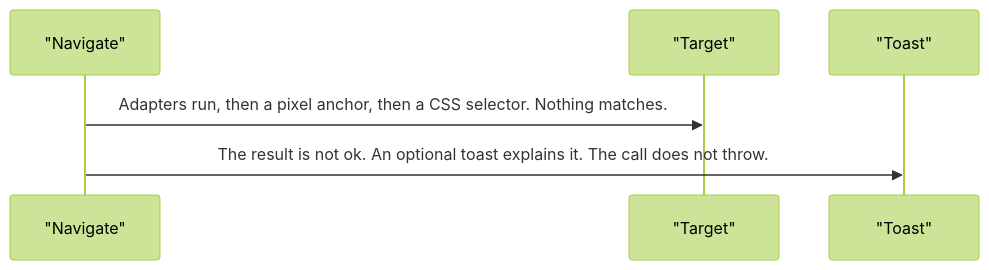
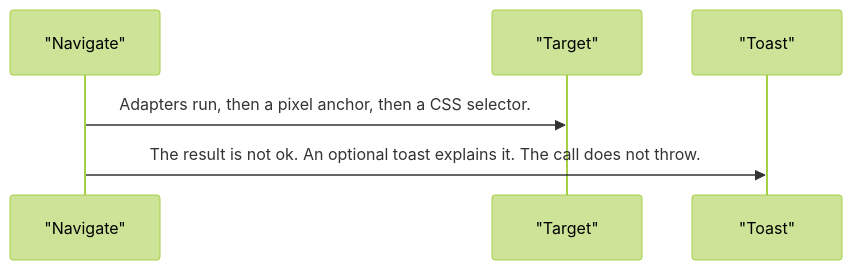
The third of 4 diagrams in projects/pixel-ui/src/lib/services/navigate/DESIGN.md (RajshekharBorate/pixel-ui), drawn with Mermaid (forest theme) before and after one commit. The commit also changed other lines of this file and 80 other files, not shown here.

Commit message:
Fill missing design flows and correct the stories that did not match component behavior.

````diff
--- a/projects/pixel-ui/src/lib/services/navigate/DESIGN.md
+++ b/projects/pixel-ui/src/lib/services/navigate/DESIGN.md
@@ -64,8 +64,8 @@
 ```mermaid
 sequenceDiagram
   participant nav as "Navigate"
   participant target as "Target"
   participant toast as "Toast"
-  nav->>target: Adapters run, then a pixel anchor, then a CSS selector. Nothing matches.
+  nav->>target: Adapters run, then a pixel anchor, then a CSS selector.
   nav->>toast: The result is not ok. An optional toast explains it. The call does not throw.
 ```
````
